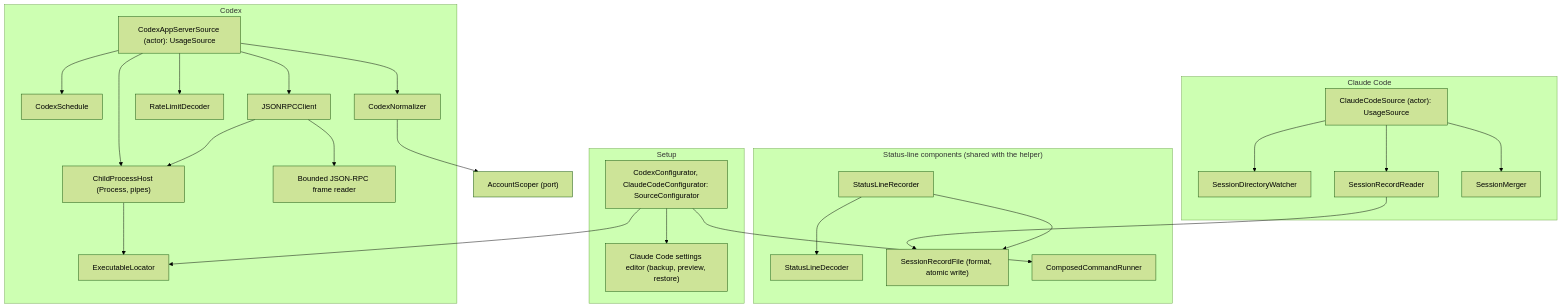
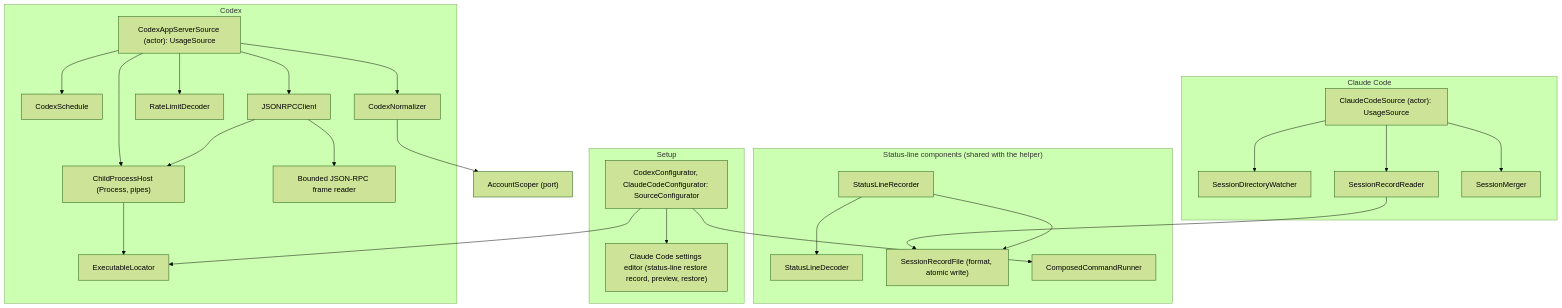
Before and after one commit to pastry-personal5/reset-radar: the diagram in docs/architecture/provider-adapters.md, drawn with Mermaid (forest theme). The commit also changed other lines of this file and 37 other files, not shown here.

````diff
--- a/docs/architecture/provider-adapters.md
+++ b/docs/architecture/provider-adapters.md
@@ -26,48 +26,48 @@
 ```mermaid
 flowchart TB
   subgraph Codex["Codex"]
     CodexAppServerSource["CodexAppServerSource (actor): UsageSource"]
     CodexSchedule["CodexSchedule"]
     ExecutableLocator
     ChildProcessHost["ChildProcessHost (Process, pipes)"]
     JSONRPCClient
     BoundedRPCFrame["Bounded JSON-RPC frame reader"]
     RateLimitDecoder
     CodexNormalizer
   end
   subgraph Claude["Claude Code"]
     ClaudeCodeSource["ClaudeCodeSource (actor): UsageSource"]
     SessionDirectoryWatcher
     SessionRecordReader
     SessionMerger
   end
   subgraph StatusLine["Status-line components (shared with the helper)"]
     StatusLineDecoder
     StatusLineRecorder
     SessionRecordFile["SessionRecordFile (format, atomic write)"]
     ComposedCommandRunner
   end
   subgraph Setup["Setup"]
     SourceConfigurators["CodexConfigurator, ClaudeCodeConfigurator: SourceConfigurator"]
-    SettingsEditor["Claude Code settings editor (backup, preview, restore)"]
+    SettingsEditor["Claude Code settings editor (status-line restore record, preview, restore)"]
   end
   AccountScoperPort["AccountScoper (port)"]
   CodexAppServerSource --> CodexSchedule
   CodexAppServerSource --> ChildProcessHost
   ChildProcessHost --> ExecutableLocator
   CodexAppServerSource --> JSONRPCClient
   JSONRPCClient --> BoundedRPCFrame
   JSONRPCClient --> ChildProcessHost
   CodexAppServerSource --> RateLimitDecoder
   CodexAppServerSource --> CodexNormalizer
   CodexNormalizer --> AccountScoperPort
   ClaudeCodeSource --> SessionDirectoryWatcher
   ClaudeCodeSource --> SessionRecordReader
   ClaudeCodeSource --> SessionMerger
   SessionRecordReader --> SessionRecordFile
   StatusLineRecorder --> SessionRecordFile
   StatusLineRecorder --> StatusLineDecoder
   SourceConfigurators --> ExecutableLocator
   SourceConfigurators --> SettingsEditor
   SourceConfigurators --> ComposedCommandRunner
 ```
````
